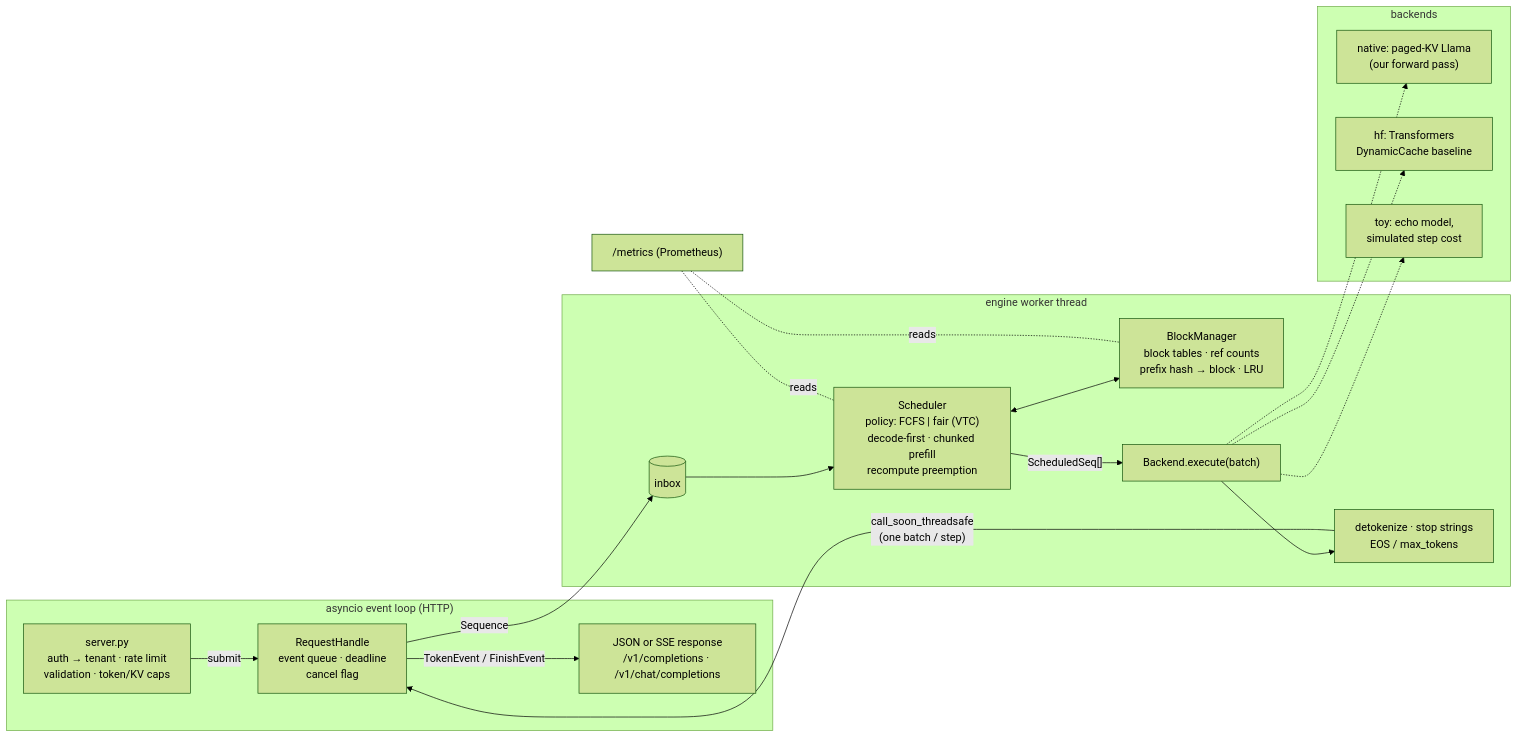
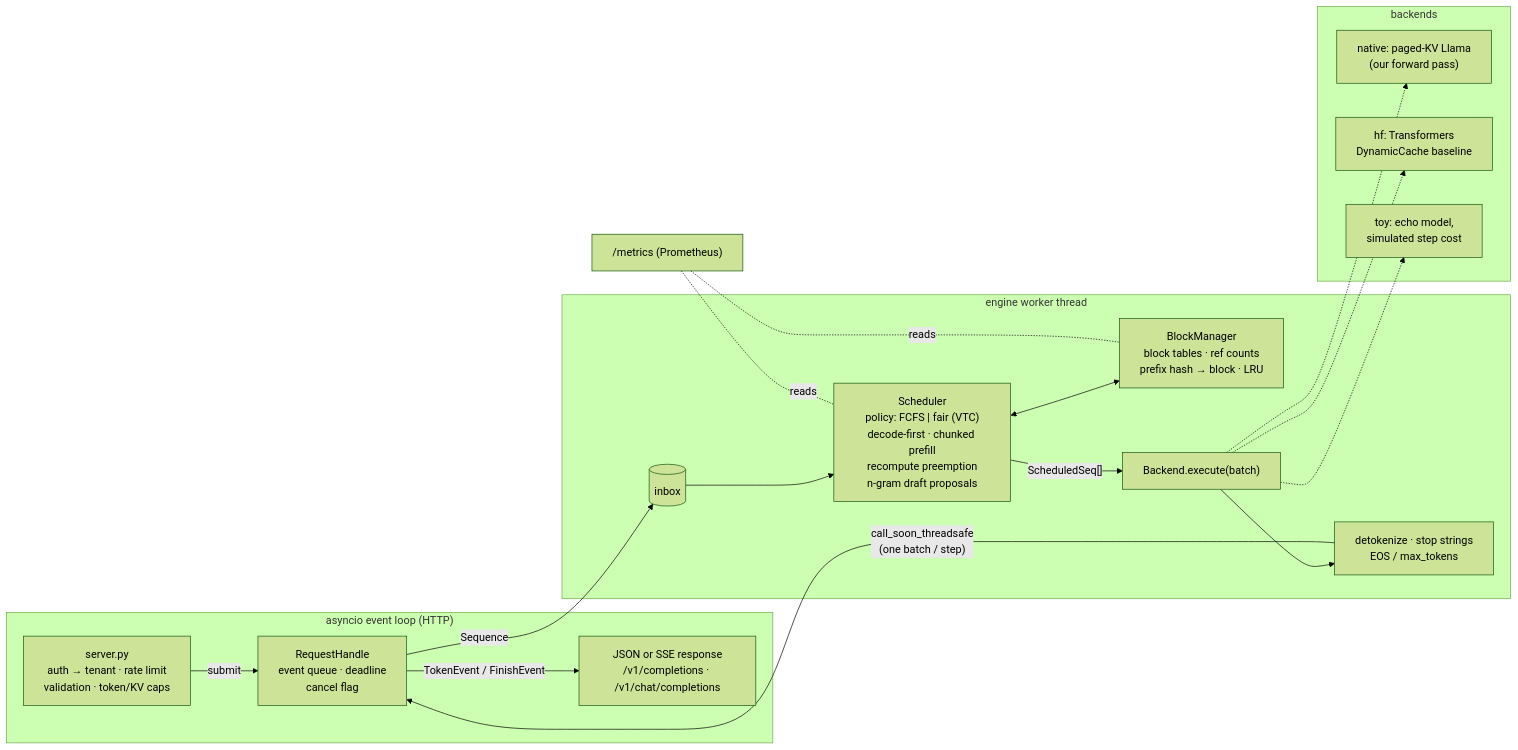
The first of 2 diagrams in ARCHITECTURE.md (YangLiu68/MiniServe), drawn with Mermaid (forest theme) before and after one commit. The commit also changed other lines of this file and 40 other files, not shown here.

````diff
--- a/ARCHITECTURE.md
+++ b/ARCHITECTURE.md
@@ -7,22 +7,22 @@
 ```mermaid
 flowchart LR
     subgraph loop["asyncio event loop (HTTP)"]
         A["server.py<br/>auth → tenant · rate limit<br/>validation · token/KV caps"] -->|submit| H["RequestHandle<br/>event queue · deadline<br/>cancel flag"]
         H -->|"TokenEvent / FinishEvent"| R["JSON or SSE response<br/>/v1/completions · /v1/chat/completions"]
     end
     subgraph worker["engine worker thread"]
-        I[(inbox)] --> S["Scheduler<br/>policy: FCFS | fair (VTC)<br/>decode-first · chunked prefill<br/>recompute preemption"]
+        I[(inbox)] --> S["Scheduler<br/>policy: FCFS | fair (VTC)<br/>decode-first · chunked prefill<br/>recompute preemption<br/>n-gram draft proposals"]
         S <--> BM["BlockManager<br/>block tables · ref counts<br/>prefix hash → block · LRU"]
         S -->|"ScheduledSeq[]"| B["Backend.execute(batch)"]
         B --> D["detokenize · stop strings<br/>EOS / max_tokens"]
     end
     subgraph backends["backends"]
         N["native: paged-KV Llama<br/>(our forward pass)"]
         F["hf: Transformers<br/>DynamicCache baseline"]
         T["toy: echo model,<br/>simulated step cost"]
     end
     H -->|"Sequence"| I
     D -->|"call_soon_threadsafe<br/>(one batch / step)"| H
     B -.-> N & F & T
     M["/metrics (Prometheus)"] -.reads.- S & BM
 ```
````
